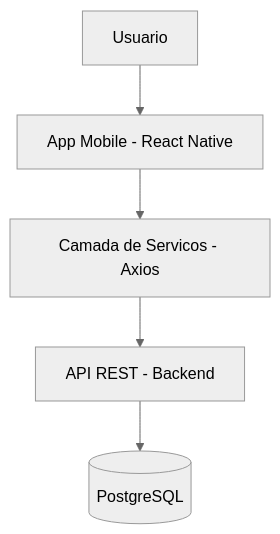
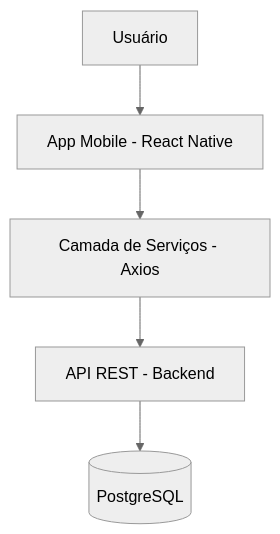
The diagram in readme.md (RenatoBrunetti/fiap-postech-5fsdt-fase5-hackathon-mobile), drawn with Mermaid (neutral theme) before and after one commit. The commit also changed other lines of this file, not shown here.

````diff
--- a/readme.md
+++ b/readme.md
@@ -139,7 +139,7 @@
 ```mermaid
 flowchart TD
-	U[Usuario] --> M[App Mobile - React Native]
-	M --> S[Camada de Servicos - Axios]
+	U[Usuário] --> M[App Mobile - React Native]
+	M --> S[Camada de Serviços - Axios]
 	S --> B[API REST - Backend]
 	B --> D[(PostgreSQL)]
 ```
````
